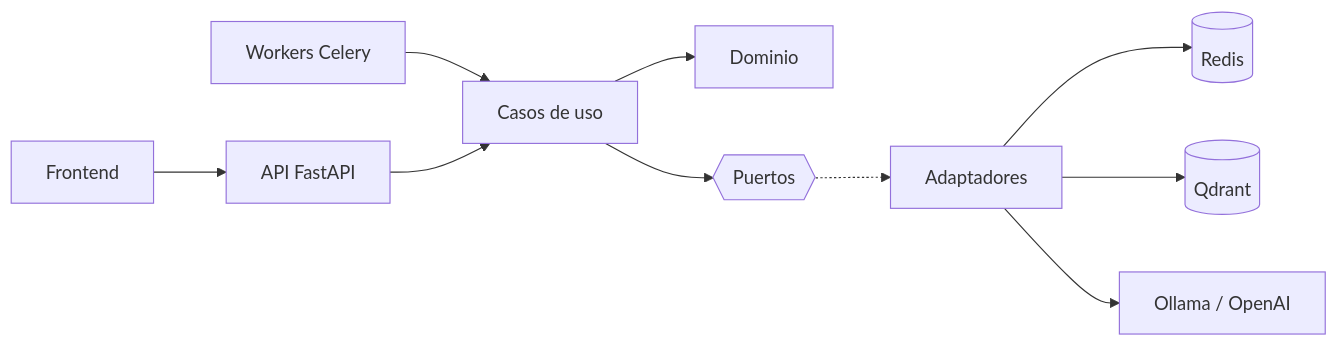
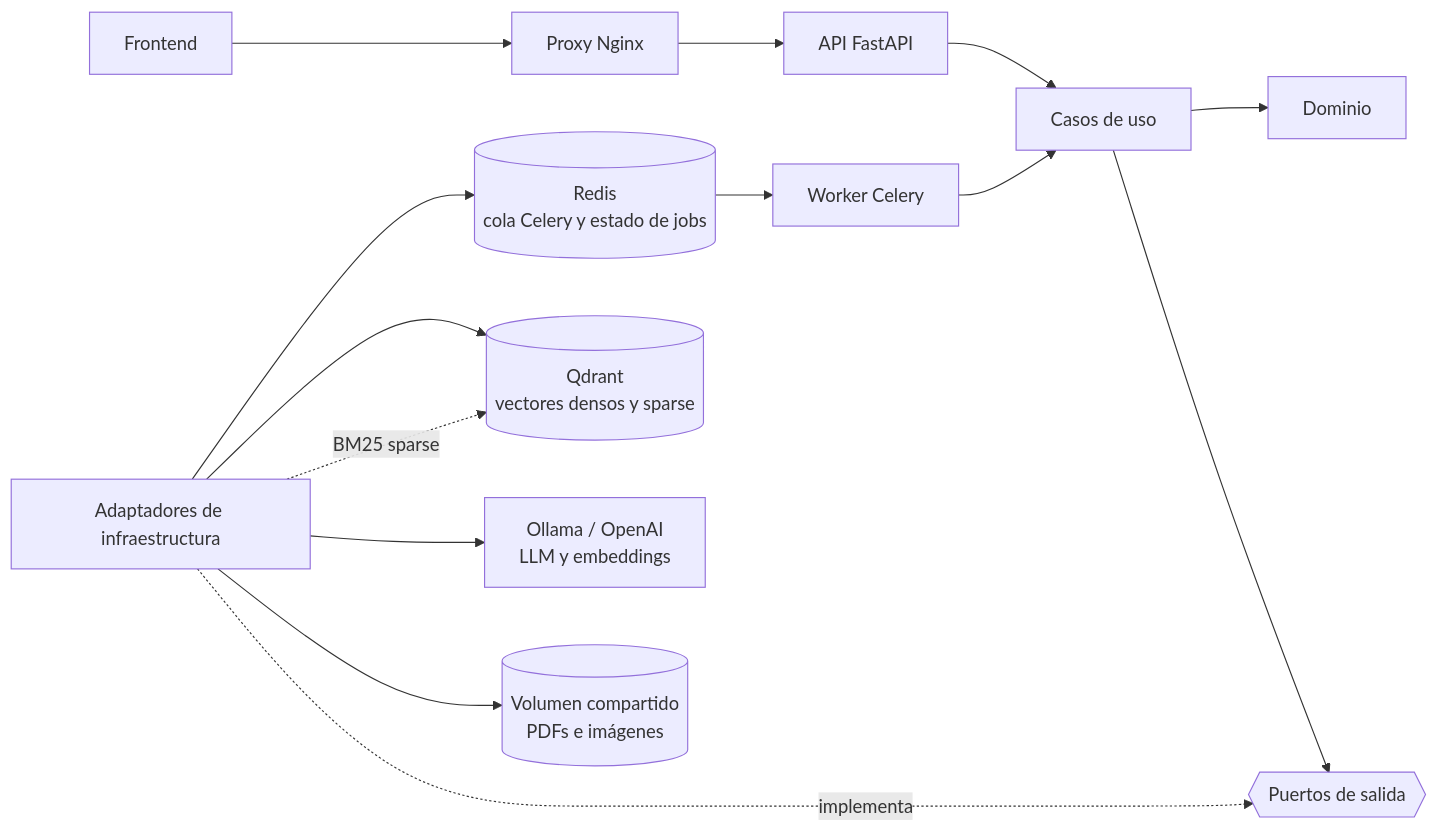
The diagram in README.md (JhonnyDiaz4753/Rag-Multimodal), drawn with Mermaid before and after one commit.

Commit message:
fix (README):modificacion de grafico de arquitectura ahora es mas completo

````diff
--- a/README.md
+++ b/README.md
@@ -9,12 +9,20 @@
 ```mermaid
 flowchart LR
-    UI[Frontend] --> API[API FastAPI]
-    WORKERS[Workers Celery] --> APP[Casos de uso]
-    API --> APP
-    APP --> DOMAIN[Dominio]
-    APP --> PORTS{{Puertos}}
-    PORTS -.-> INFRA[Adaptadores]
-    INFRA --> REDIS[(Redis)]
-    INFRA --> QDRANT[(Qdrant)]
-    INFRA --> LLM[Ollama / OpenAI]
+    UI[Frontend] --> PROXY[Proxy Nginx]
+    PROXY --> API[API FastAPI]
+
+    API --> UC[Casos de uso]
+    WORKER[Worker Celery] --> UC
+
+    UC --> DOMAIN[Dominio]
+    UC --> PORTS{{Puertos de salida}}
+    INFRA[Adaptadores de infraestructura] -. implementa .-> PORTS
+
+    INFRA --> REDIS[(Redis<br/>cola Celery y estado de jobs)]
+    REDIS --> WORKER
+    INFRA --> QDRANT[(Qdrant<br/>vectores densos y sparse)]
+    INFRA --> AI[Ollama / OpenAI<br/>LLM y embeddings]
+    INFRA --> STORAGE[(Volumen compartido<br/>PDFs e imágenes)]
+
+    INFRA -. BM25 sparse .-> QDRANT
 ```
````
